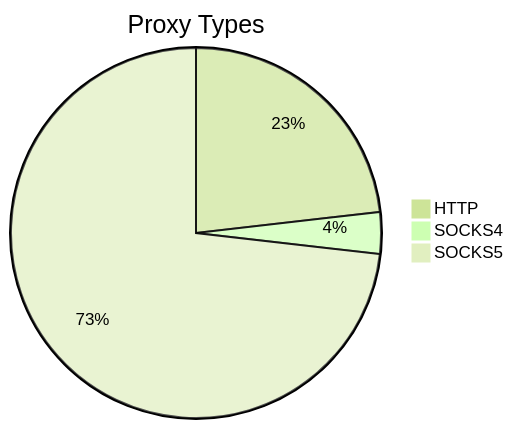
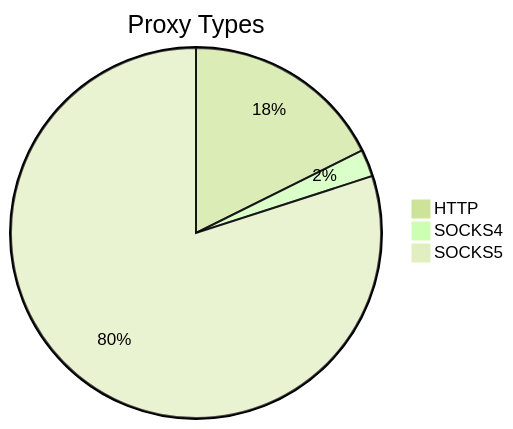
The first of 2 diagrams in README.md (stormsia/proxy-list), drawn with Mermaid (forest theme) before and after one commit. The commit also changed other lines of this file, not shown here.

````diff
--- a/README.md
+++ b/README.md
@@ -21,6 +21,6 @@
 ```mermaid
 pie title Proxy Types
-    "HTTP" : 211
-    "SOCKS4" : 33
-    "SOCKS5" : 666
+    "HTTP" : 141
+    "SOCKS4" : 19
+    "SOCKS5" : 639
 ```
````
